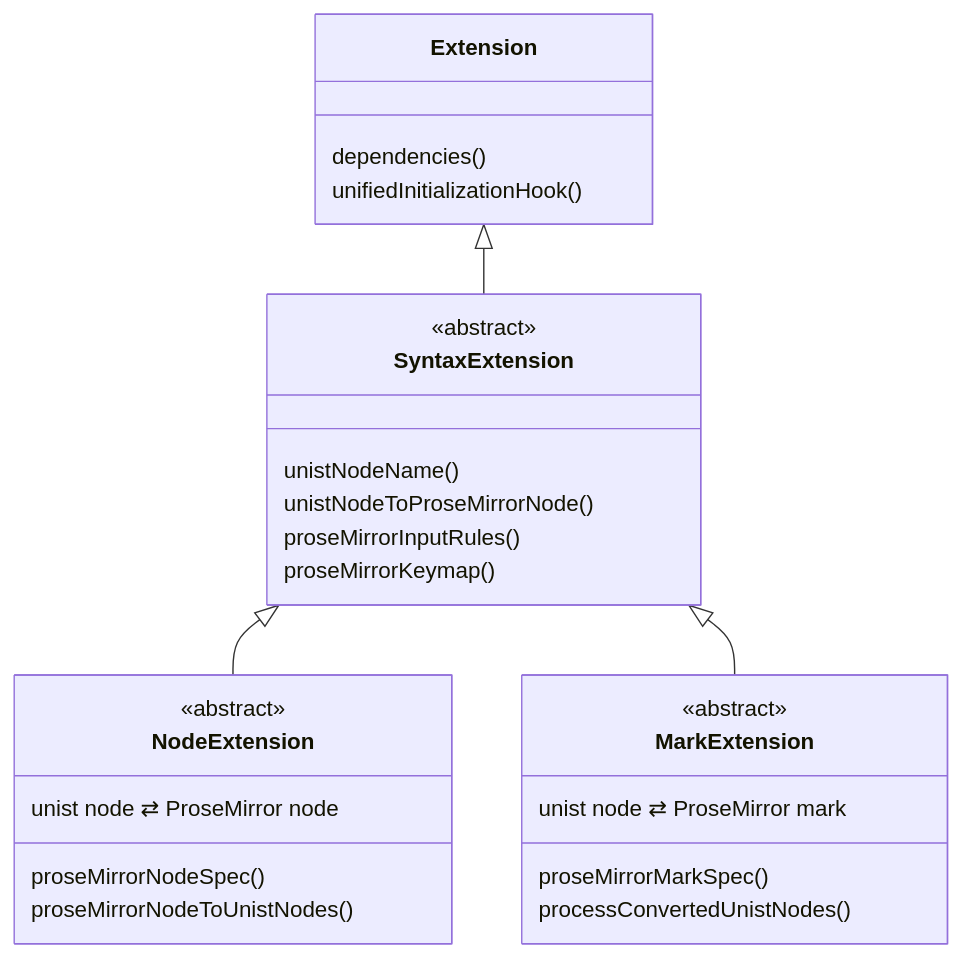
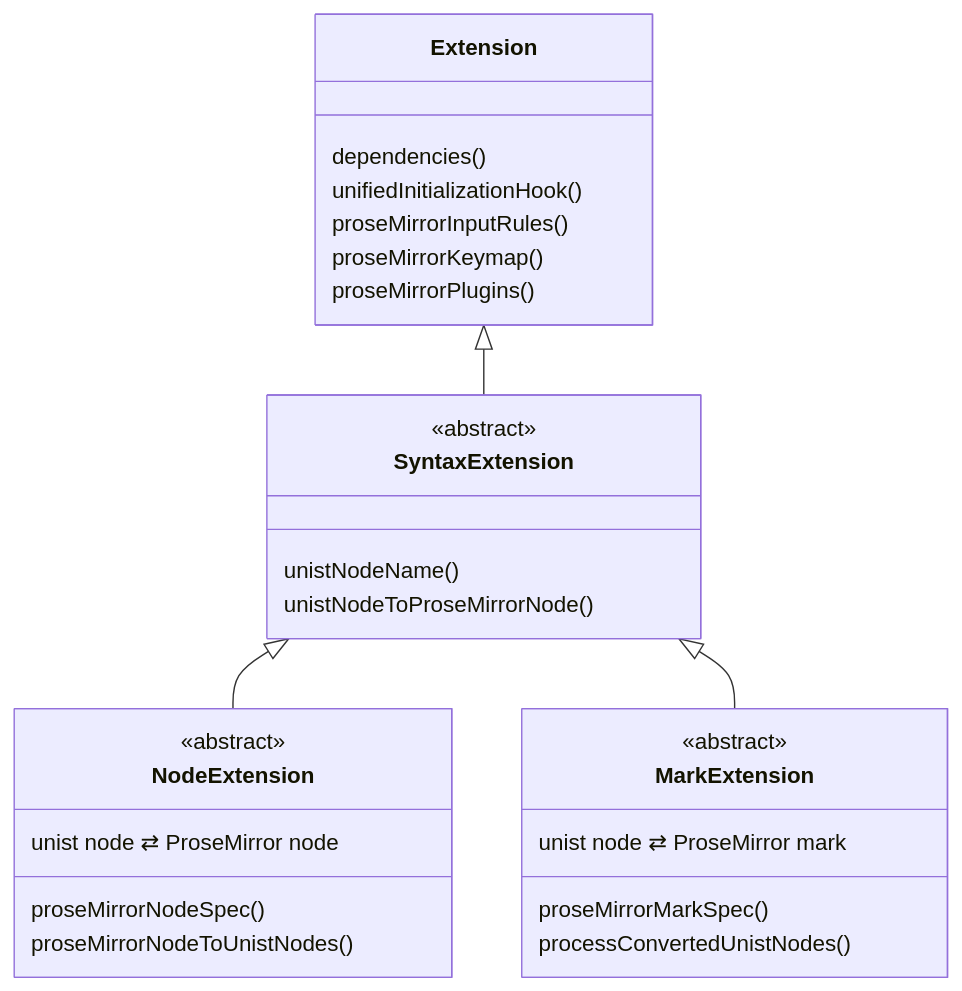
One commit to marekdedic/prosemirror-unified changed the first of 4 diagrams in docs/developing/overview.md. Above: the diagram before and after it, drawn with Mermaid. The commit also changed 11 other files, not shown here.

Commit message:
Letting any extension contribute input rules and keyboard shortcuts

````diff
--- a/docs/developing/overview.md
+++ b/docs/developing/overview.md
@@ -20,30 +20,31 @@
 ```mermaid
 classDiagram
   direction TB
   Extension <|-- SyntaxExtension
   SyntaxExtension <|-- NodeExtension
   SyntaxExtension <|-- MarkExtension
   class Extension {
     dependencies()
     unifiedInitializationHook()
+    proseMirrorInputRules()
+    proseMirrorKeymap()
+    proseMirrorPlugins()
   }
   class SyntaxExtension {
     <<abstract>>
     unistNodeName()
     unistNodeToProseMirrorNode()
-    proseMirrorInputRules()
-    proseMirrorKeymap()
   }
   class NodeExtension {
     <<abstract>>
     unist node ⇄ ProseMirror node
     proseMirrorNodeSpec()
     proseMirrorNodeToUnistNodes()
   }
   class MarkExtension {
     <<abstract>>
     unist node ⇄ ProseMirror mark
     proseMirrorMarkSpec()
     processConvertedUnistNodes()
   }
 ```
````
